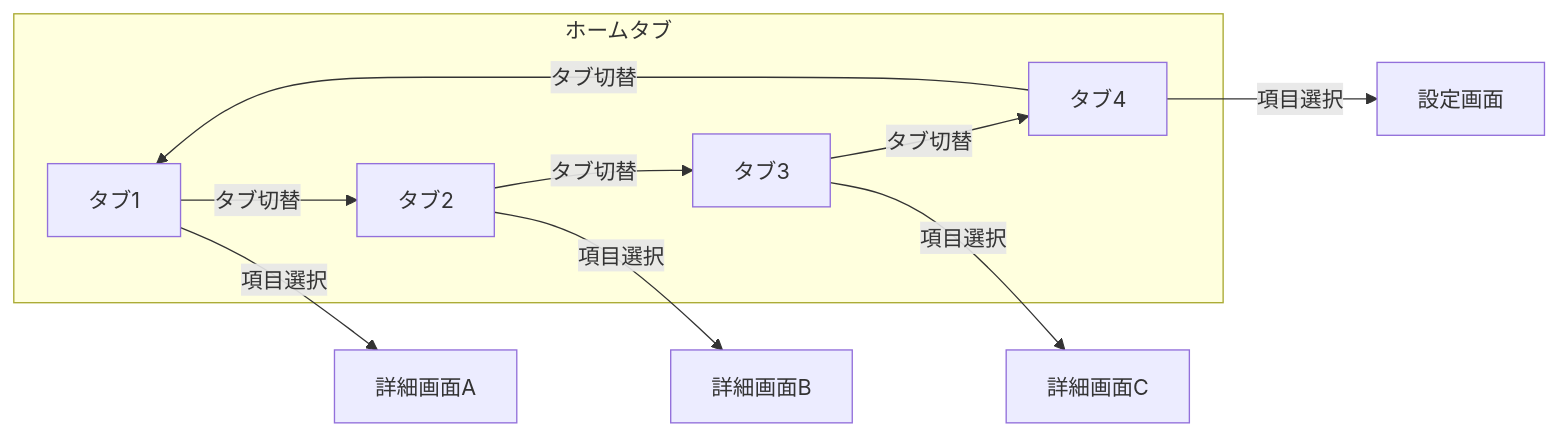
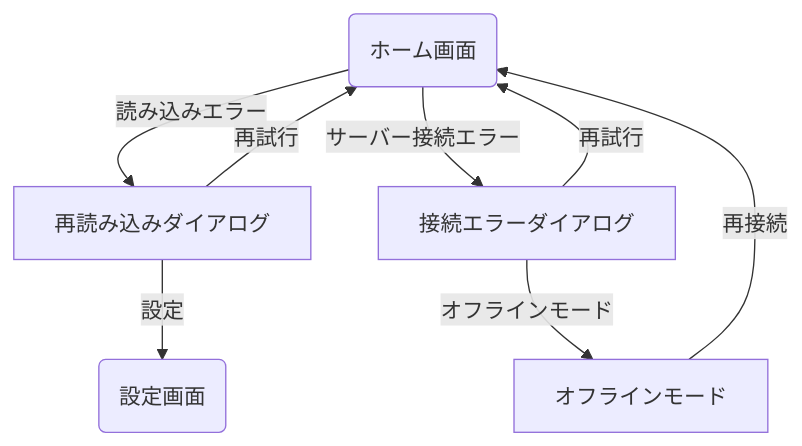
One commit to yumemi-inc/flutter-mobile-project-docs-template changed the third of 3 diagrams in docs/template/screen_flow/home_flow.md. Above: the diagram before and after it, drawn with Mermaid. The commit also changed other lines of this file and 4 other files, not shown here.

````diff
--- a/docs/template/screen_flow/home_flow.md
+++ b/docs/template/screen_flow/home_flow.md
@@ -86,19 +43,11 @@
 ```mermaid
-flowchart LR
-    subgraph ホームタブ
-        Tab1[タブ1]
-        Tab2[タブ2]
-        Tab3[タブ3]
-        Tab4[タブ4]
-    end
+graph TD
+    SC002(ホーム画面) -- "読み込みエラー" --> ReloadPrompt[再読み込みダイアログ]
+    ReloadPrompt -- "再試行" --> SC002
+    ReloadPrompt -- "設定" --> SC003(設定画面)
     
-    Tab1 -- "タブ切替" --> Tab2
-    Tab2 -- "タブ切替" --> Tab3
-    Tab3 -- "タブ切替" --> Tab4
-    Tab4 -- "タブ切替" --> Tab1
-    
-    Tab1 -- "項目選択" --> Detail1[詳細画面A]
-    Tab2 -- "項目選択" --> Detail2[詳細画面B]
-    Tab3 -- "項目選択" --> Detail3[詳細画面C]
-    Tab4 -- "項目選択" --> Settings[設定画面]
+    SC002 -- "サーバー接続エラー" --> ConnError[接続エラーダイアログ]
+    ConnError -- "再試行" --> SC002
+    ConnError -- "オフラインモード" --> OfflineMode[オフラインモード]
+    OfflineMode -- "再接続" --> SC002
 ```
````
